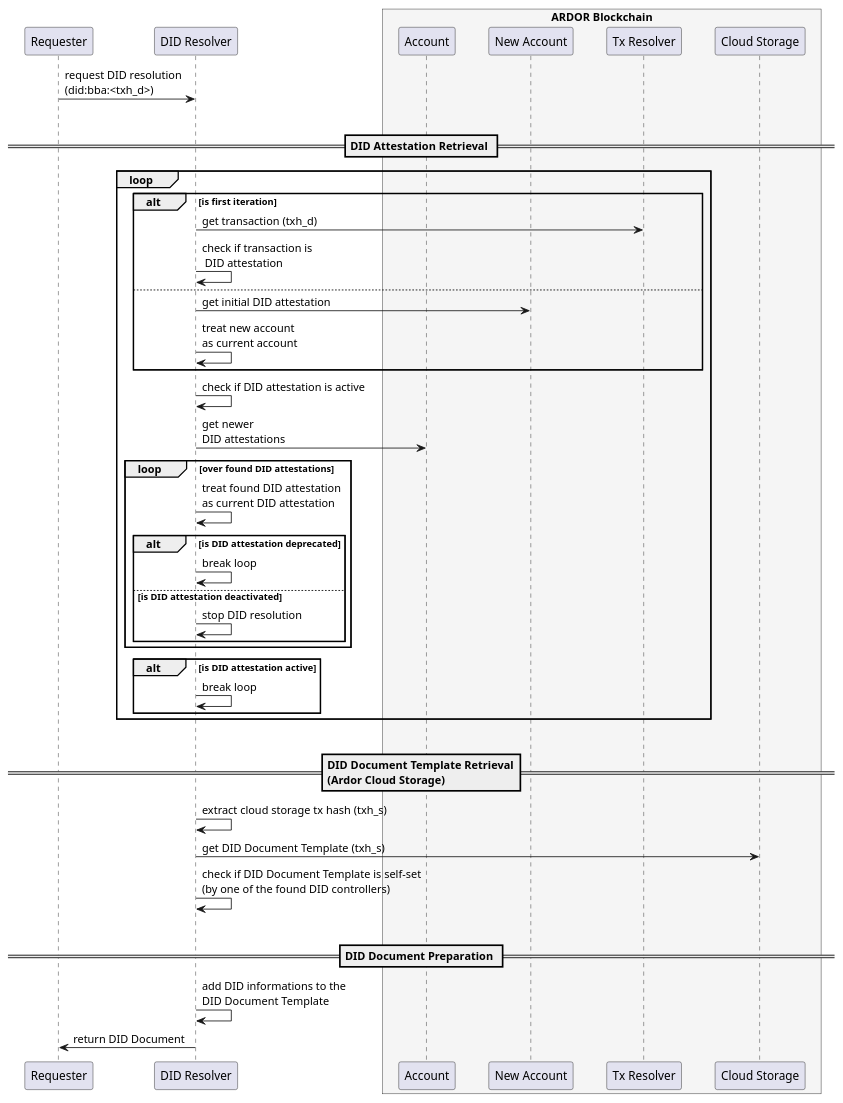
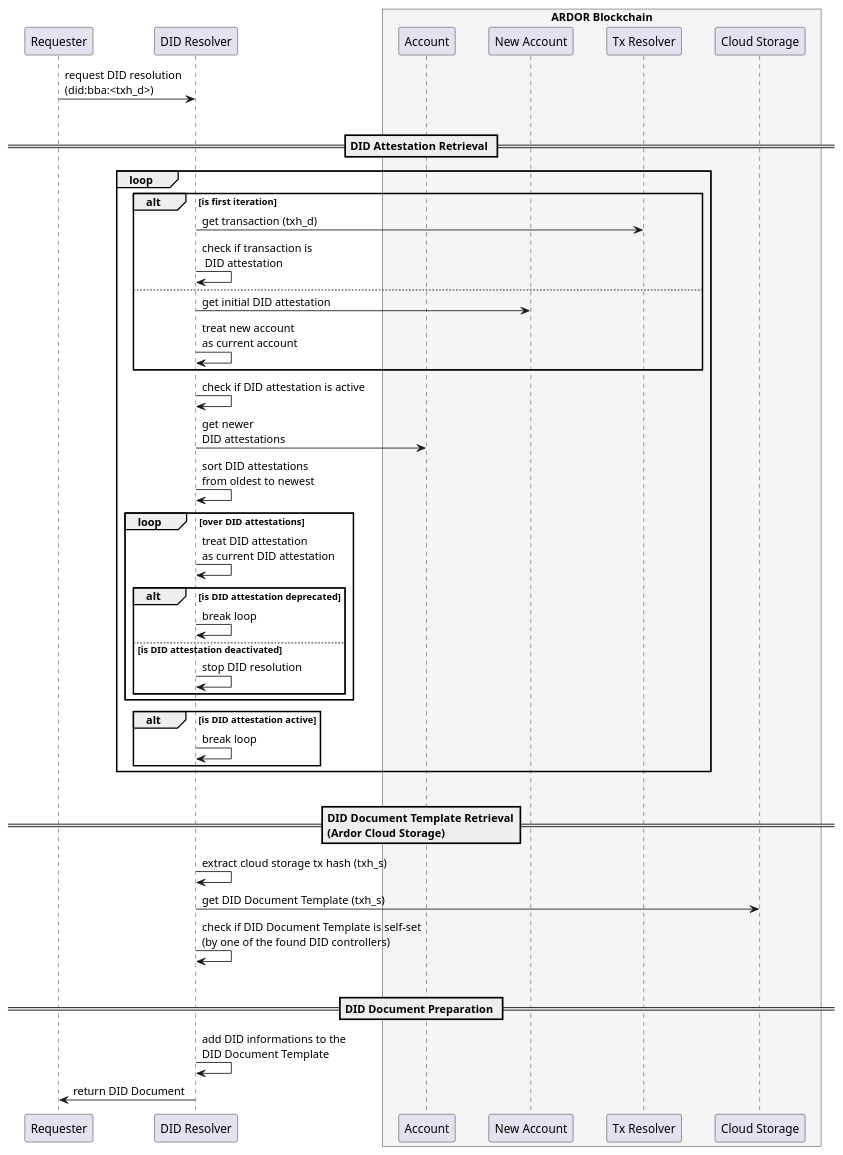
The diagram in docs/plantuml/src/did-resolve.puml (blobaa/bba-did-method-specification), drawn with PlantUML before and after one commit. The commit also changed 2 other files, not shown here.

```diff
--- a/docs/plantuml/src/did-resolve.puml
+++ b/docs/plantuml/src/did-resolve.puml
@@ -1,65 +1,66 @@
 @startuml
 skinparam BoxPadding 15
 skinparam ParticipantPadding 15
 
 
 participant "Requester" as REQ
 participant "DID Resolver" as RES
 box "ARDOR Blockchain" #WhiteSmoke
     participant "Account" as ATTE
     participant "New Account" as NATTE
     participant "Tx Resolver" as TXR
     participant "Cloud Storage" as STR
 end box
 
 
 
 REQ -> RES: request DID resolution\n(did:bba:<txh_d>)
 |||
 
 
 == DID Attestation Retrieval ==
 
 loop
     alt is first iteration
         RES -> TXR: get transaction (txh_d)
         RES -> RES: check if transaction is\n DID attestation
     else
         ' RES -> RES: store account name
         RES -> NATTE: get initial DID attestation
         RES -> RES: treat new account\nas current account
     end
 
     RES -> RES: check if DID attestation is active
     RES -> ATTE: get newer \nDID attestations
+    RES -> RES: sort DID attestations\nfrom oldest to newest
 
-    loop over found DID attestations
-        RES -> RES: treat found DID attestation\nas current DID attestation
+    loop over DID attestations
+        RES -> RES: treat DID attestation\nas current DID attestation
         alt is DID attestation deprecated
             RES -> RES: break loop
         else is DID attestation deactivated
             RES -> RES: stop DID resolution
         end
     end
     alt is DID attestation active
         RES -> RES: break loop
     end
 end
 |||
 
 
 == DID Document Template Retrieval\n(Ardor Cloud Storage) ==
 
 RES -> RES: extract cloud storage tx hash (txh_s)
 RES -> STR: get DID Document Template (txh_s)
 RES -> RES: check if DID Document Template is self-set\n(by one of the found DID controllers)
 |||
 
 
 == DID Document Preparation ==
 
 RES -> RES: add DID informations to the\nDID Document Template
 RES -> REQ: return DID Document
 
 
 @enduml
```
